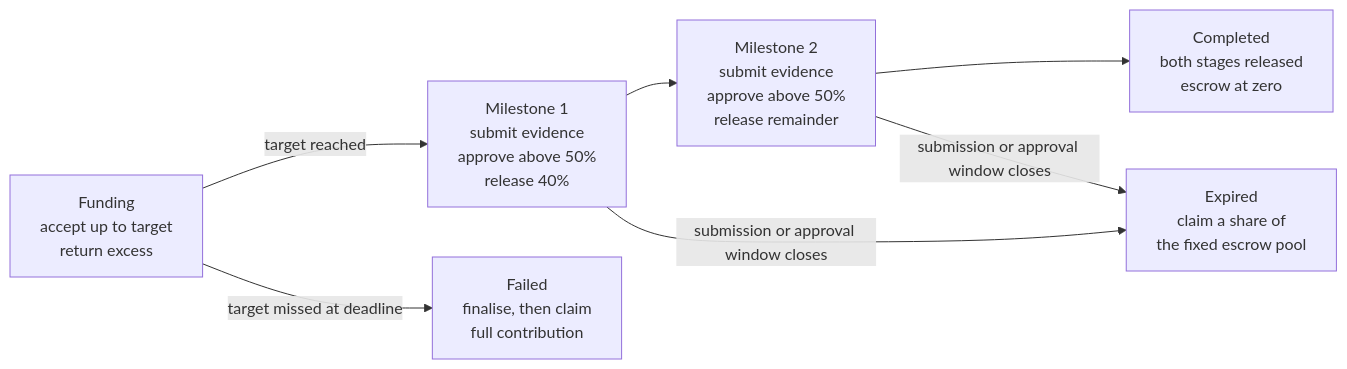
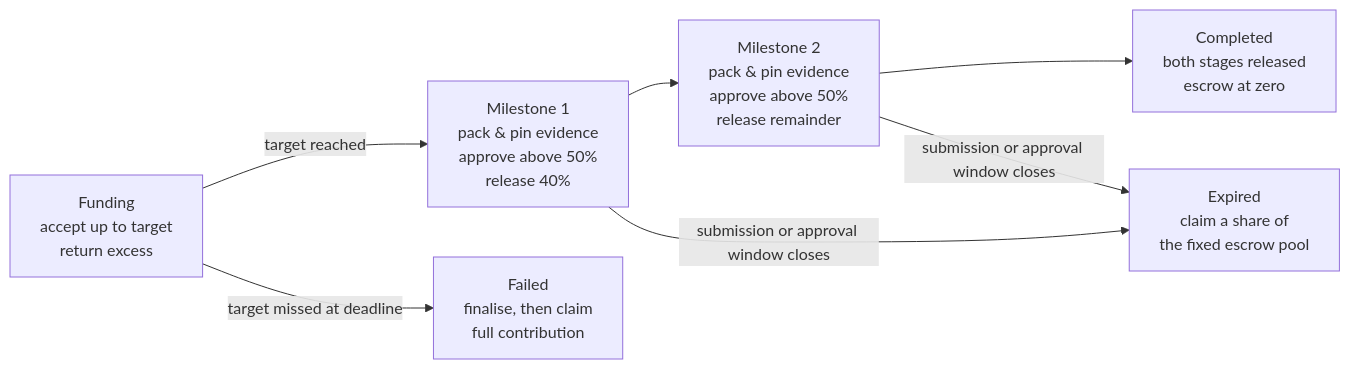
Before and after one commit to misaka10111/dapp: the diagram in README.md, drawn with Mermaid. The commit also changed other lines of this file and 2 other files, not shown here.

Commit message:
docs: IPFS evidence spec and runbook, Worker deploy workflow, README v2 update

````diff
--- a/README.md
+++ b/README.md
@@ -41,9 +42,9 @@
 ```mermaid
 flowchart LR
-    F[Funding<br/>accept up to target<br/>return excess] -->|target reached| S[Milestone 1<br/>submit evidence<br/>approve above 50%<br/>release 40%]
-    S --> M[Milestone 2<br/>submit evidence<br/>approve above 50%<br/>release remainder]
+    F[Funding<br/>accept up to target<br/>return excess] -->|target reached| S[Milestone 1<br/>pack & pin evidence<br/>approve above 50%<br/>release 40%]
+    S --> M[Milestone 2<br/>pack & pin evidence<br/>approve above 50%<br/>release remainder]
     M --> C[Completed<br/>both stages released<br/>escrow at zero]
     F -->|target missed at deadline| X[Failed<br/>finalise, then claim<br/>full contribution]
     S -->|submission or approval window closes| E[Expired<br/>claim a share of<br/>the fixed escrow pool]
     M -->|submission or approval window closes| E
 ```
````
